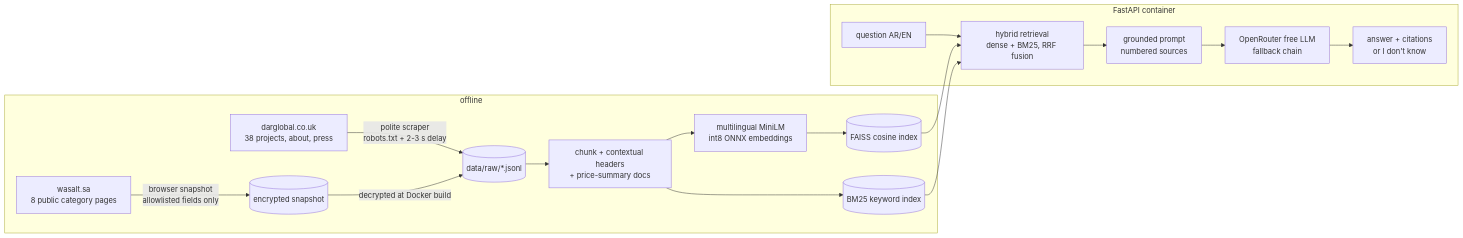
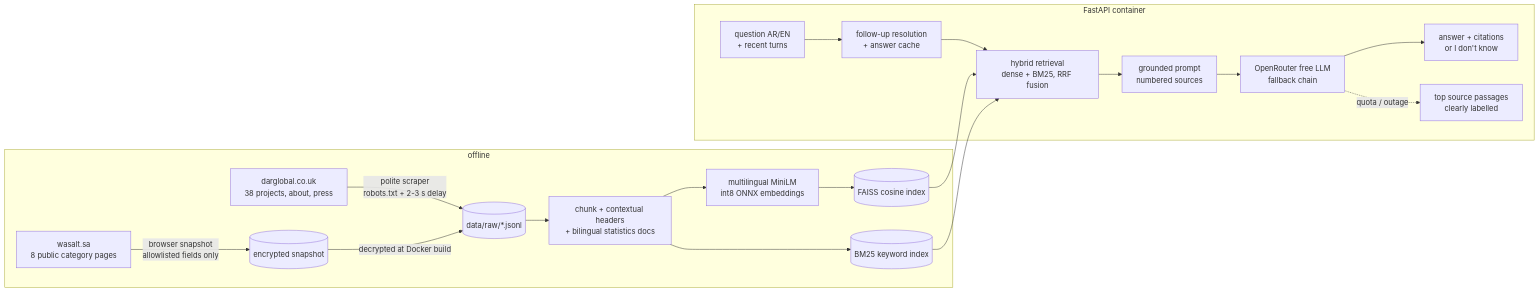
One commit to waleedbar/darglobal-rag-chatbot changed the diagram in README.md. Above: the diagram before and after it, drawn with Mermaid. The commit also changed other lines of this file and 3 other files, not shown here.

````diff
--- a/README.md
+++ b/README.md
@@ -13,20 +34,22 @@
 ```mermaid
 flowchart LR
   subgraph Ingestion [offline]
     A[darglobal.co.uk<br/>38 projects, about, press] -->|polite scraper<br/>robots.txt + 2-3 s delay| R[(data/raw/*.jsonl)]
     B[wasalt.sa<br/>8 public category pages] -->|browser snapshot<br/>allowlisted fields only| E[(encrypted snapshot)]
     E -->|decrypted at Docker build| R
-    R --> C[chunk + contextual headers<br/>+ price-summary docs]
+    R --> C[chunk + contextual headers<br/>+ bilingual statistics docs]
     C --> V[multilingual MiniLM<br/>int8 ONNX embeddings]
     V --> F[(FAISS cosine index)]
     C --> K[(BM25 keyword index)]
   end
   subgraph Serving [FastAPI container]
-    Q[question AR/EN] --> H[hybrid retrieval<br/>dense + BM25, RRF fusion]
+    Q[question AR/EN<br/>+ recent turns] --> FU[follow-up resolution<br/>+ answer cache]
+    FU --> H[hybrid retrieval<br/>dense + BM25, RRF fusion]
     F --> H
     K --> H
     H --> P[grounded prompt<br/>numbered sources]
     P --> L[OpenRouter free LLM<br/>fallback chain]
     L --> O[answer + citations<br/>or I don't know]
+    L -. quota / outage .-> D[top source passages<br/>clearly labelled]
   end
 ```
````
